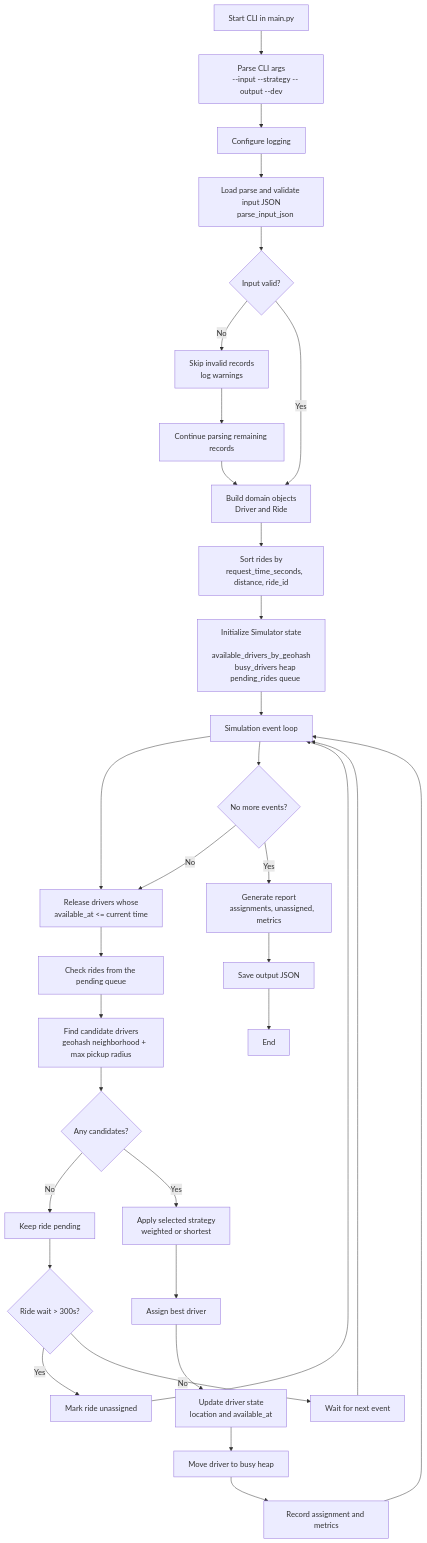
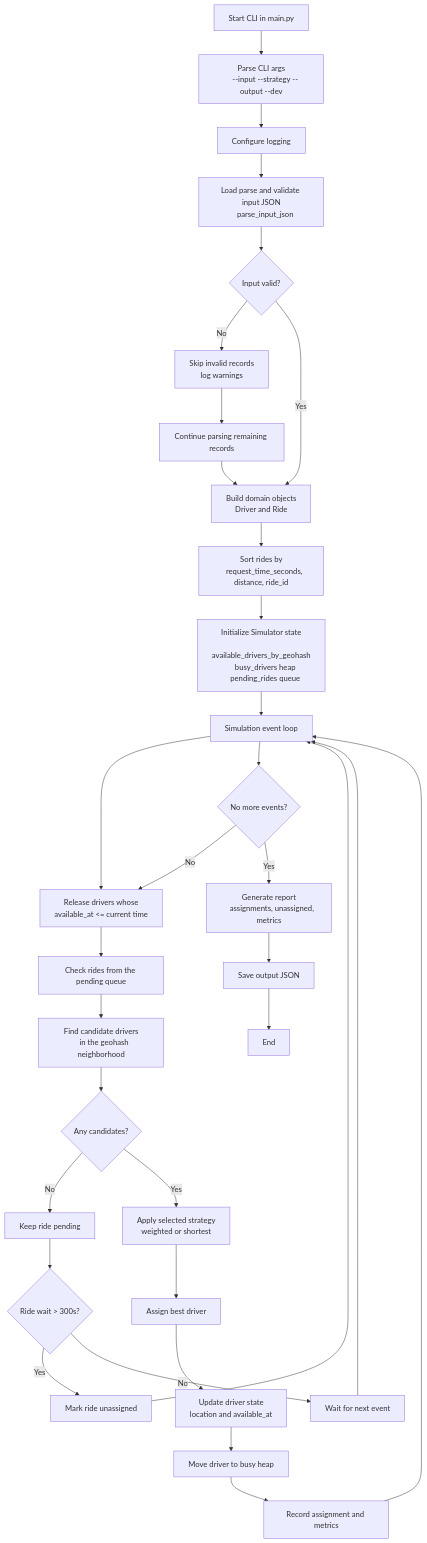
One commit to FridiT/ride-share-simulator_ changed the diagram in SYSTEM_FLOWCHART.md. Above: the diagram before and after it, drawn with Mermaid.

````diff
--- a/SYSTEM_FLOWCHART.md
+++ b/SYSTEM_FLOWCHART.md
@@ -5,56 +5,56 @@
 ```mermaid
 flowchart TD
     A[Start CLI in main.py] --> B[Parse CLI args
     --input --strategy --output --dev]
     B --> C[Configure logging]
     C --> D[Load parse and validate input JSON
     parse_input_json]
 
     D --> E{Input valid?}
     E -- No --> F[Skip invalid records
     log warnings]
     F --> G[Continue parsing remaining records]
     G --> H[Build domain objects
     Driver and Ride]
     E -- Yes --> H
 
     H --> I[Sort rides by
     request_time_seconds, distance, ride_id]
     I --> J[Initialize Simulator state
     available_drivers_by_geohash
     busy_drivers heap
     pending_rides queue]
 
     J --> K[Simulation event loop]
 
     K --> L[Release drivers whose
     available_at <= current time]
     L --> M[Check rides from the pending queue]
     M --> N[Find candidate drivers
-    geohash neighborhood + max pickup radius]
+    in the geohash neighborhood]
 
     N --> O{Any candidates?}
     O -- No --> P[Keep ride pending]
     P --> Q{Ride wait > 300s?}
     Q -- Yes --> R[Mark ride unassigned]
     Q -- No --> S[Wait for next event]
     S --> K
 
     O -- Yes --> T[Apply selected strategy
     weighted or shortest]
     T --> U[Assign best driver]
     U --> V[Update driver state
     location and available_at]
     V --> W[Move driver to busy heap]
     W --> X[Record assignment and metrics]
     X --> K
 
     R --> K
 
     K --> Y{No more events?}
     Y -- No --> L
     Y -- Yes --> Z[Generate report
     assignments, unassigned, metrics]
     Z --> AA[Save output JSON]
     AA --> AB[End]
 ```
````
